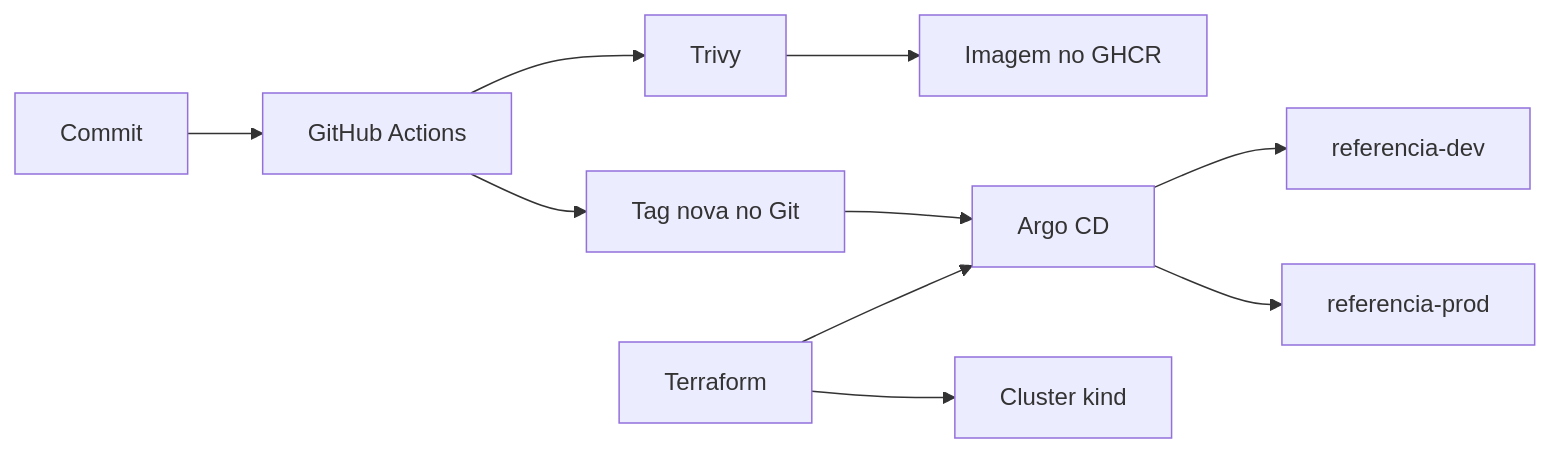
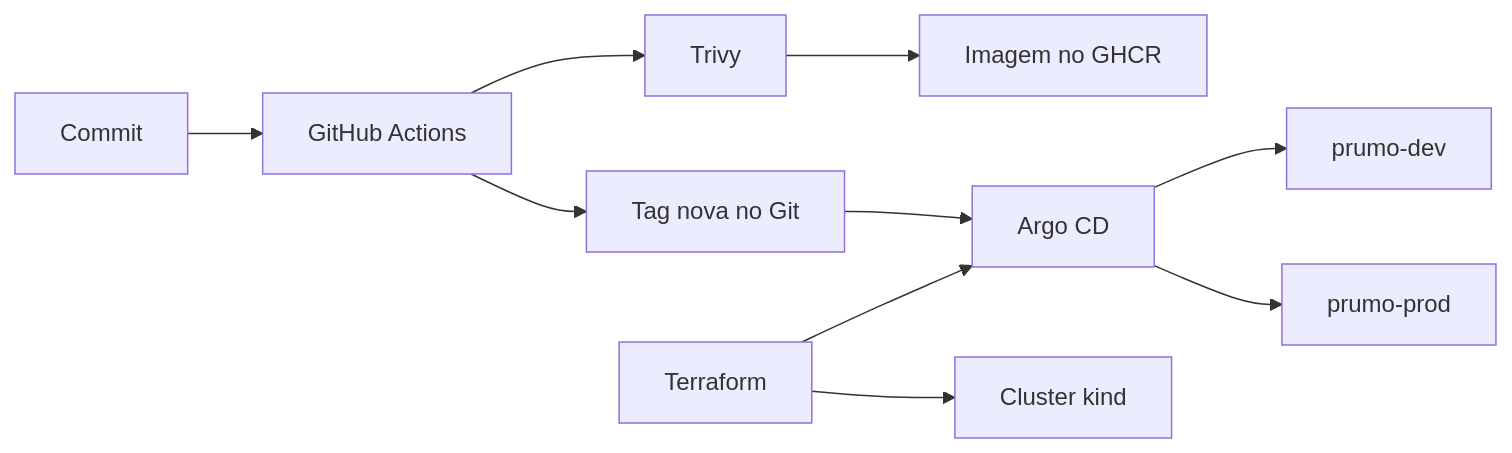
One commit to WhiteArct1c/prumo changed the diagram in README.md. Above: the diagram before and after it, drawn with Mermaid. The commit also changed other lines of this file and 45 other files, not shown here.

````diff
--- a/README.md
+++ b/README.md
@@ -7,12 +7,12 @@
 ```mermaid
 flowchart LR
   commit[Commit] --> ci[GitHub Actions]
   ci --> scan[Trivy]
   scan --> ghcr[Imagem no GHCR]
   ci --> git[Tag nova no Git]
   git --> argo[Argo CD]
   tf[Terraform] --> cluster[Cluster kind]
   tf --> argo
-  argo --> dev[referencia-dev]
-  argo --> prod[referencia-prod]
+  argo --> dev[prumo-dev]
+  argo --> prod[prumo-prod]
 ```
````
